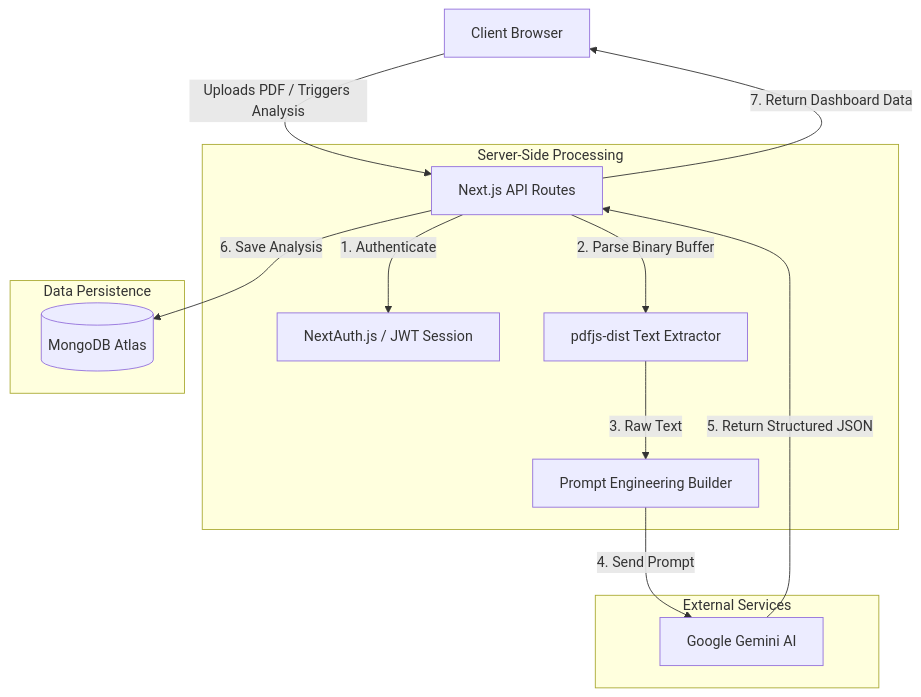
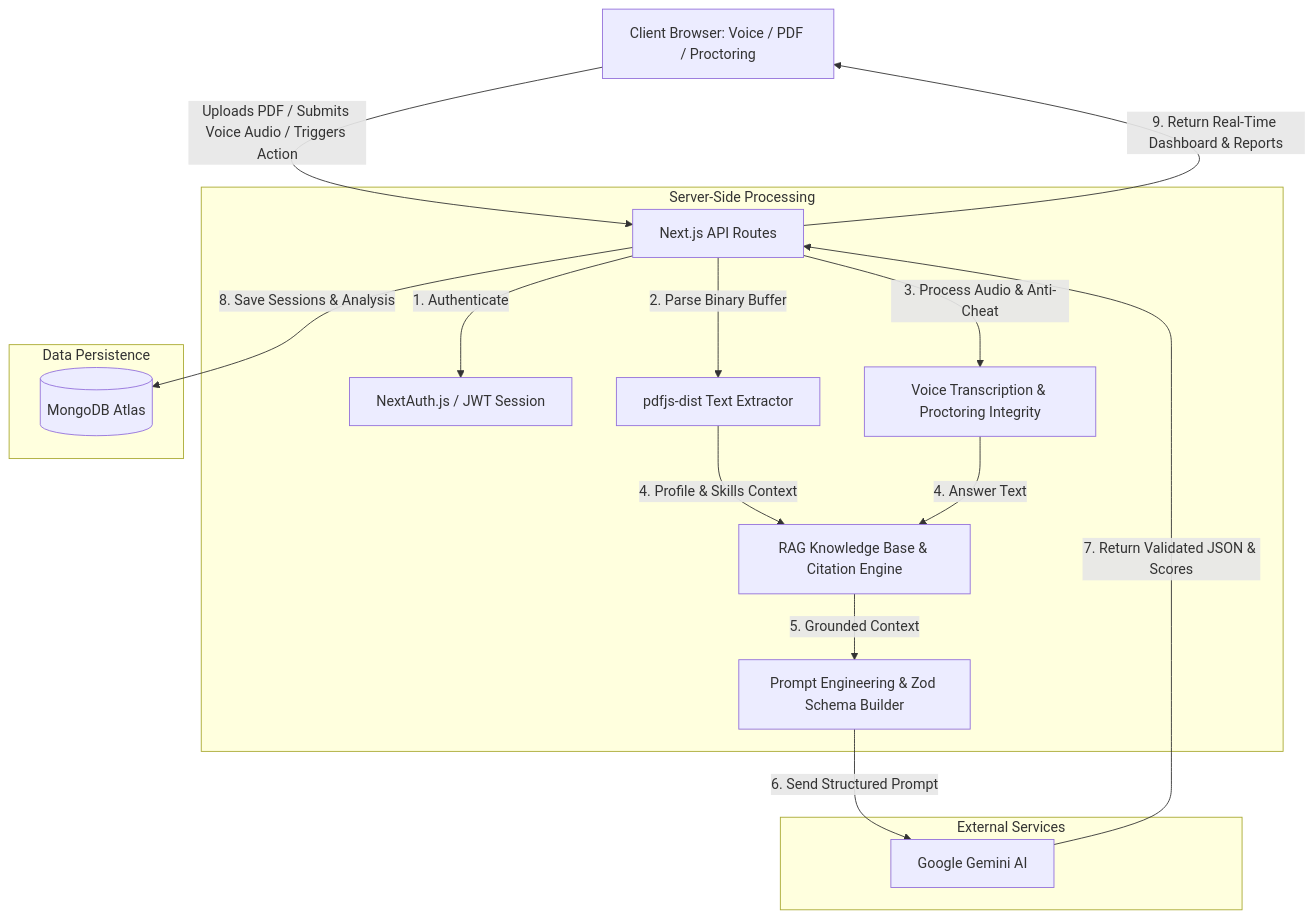
The diagram in README.md (abhinavpramanik/CareerPilot-AI), drawn with Mermaid before and after one commit. The commit also changed other lines of this file and 4 other files, not shown here.

````diff
--- a/README.md
+++ b/README.md
@@ -61,21 +94,24 @@
 ```mermaid
 graph TD
-    Client[Client Browser] -->|Uploads PDF / Triggers Analysis| NextAPI[Next.js API Routes]
+    Client[Client Browser: Voice / PDF / Proctoring] -->|Uploads PDF / Submits Voice Audio / Triggers Action| NextAPI[Next.js API Routes]
     
     subgraph Server-Side Processing
         NextAPI -->|1. Authenticate| Auth[NextAuth.js / JWT Session]
         NextAPI -->|2. Parse Binary Buffer| PDFExtractor[pdfjs-dist Text Extractor]
-        PDFExtractor -->|3. Raw Text| AIPrompt[Prompt Engineering Builder]
+        NextAPI -->|3. Process Audio & Anti-Cheat| AudioHandler[Voice Transcription & Proctoring Integrity]
+        PDFExtractor -->|4. Profile & Skills Context| RAGEngine[RAG Knowledge Base & Citation Engine]
+        AudioHandler -->|4. Answer Text| RAGEngine
+        RAGEngine -->|5. Grounded Context| AIPrompt[Prompt Engineering & Zod Schema Builder]
     end
     
     subgraph External Services
-        AIPrompt -->|4. Send Prompt| Gemini[Google Gemini AI]
-        Gemini -->|5. Return Structured JSON| NextAPI
+        AIPrompt -->|6. Send Structured Prompt| Gemini[Google Gemini AI]
+        Gemini -->|7. Return Validated JSON & Scores| NextAPI
     end
     
     subgraph Data Persistence
-        NextAPI -->|6. Save Analysis| MongoDB[(MongoDB Atlas)]
+        NextAPI -->|8. Save Sessions & Analysis| MongoDB[(MongoDB Atlas)]
     end
     
-    NextAPI -->|7. Return Dashboard Data| Client
+    NextAPI -->|9. Return Real-Time Dashboard & Reports| Client
 ```
````
